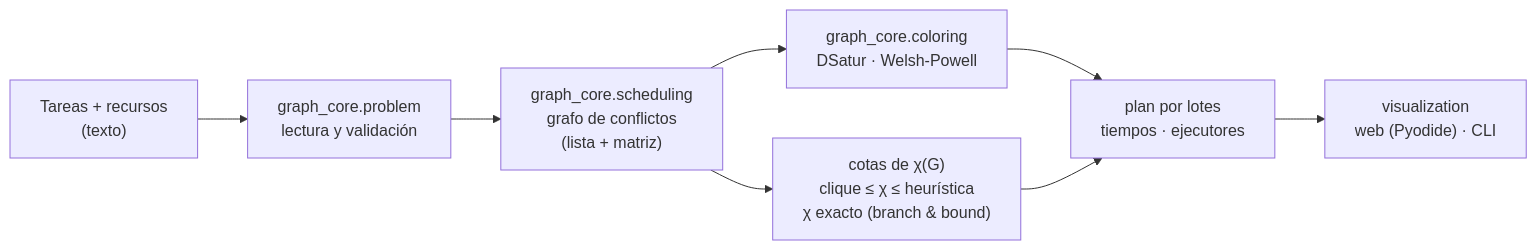
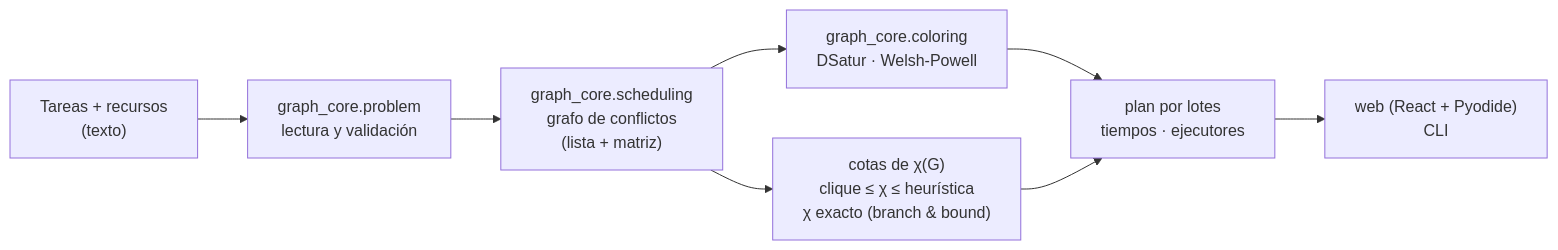
The diagram in README.md (Djch18AtSchool/graph-resource-planner), drawn with Mermaid before and after one commit. The commit also changed other lines of this file and 46 other files, not shown here.

````diff
--- a/README.md
+++ b/README.md
@@ -20,10 +20,10 @@
 ```mermaid
 flowchart LR
     T["Tareas + recursos<br/>(texto)"] --> P["graph_core.problem<br/>lectura y validación"]
     P --> CG["graph_core.scheduling<br/>grafo de conflictos<br/>(lista + matriz)"]
     CG --> C["graph_core.coloring<br/>DSatur · Welsh-Powell"]
     CG --> B["cotas de χ(G)<br/>clique ≤ χ ≤ heurística<br/>χ exacto (branch & bound)"]
     C --> PL["plan por lotes<br/>tiempos · ejecutores"]
     B --> PL
-    PL --> V["visualization<br/>web (Pyodide) · CLI"]
+    PL --> V["web (React + Pyodide)<br/>CLI"]
 ```
````
